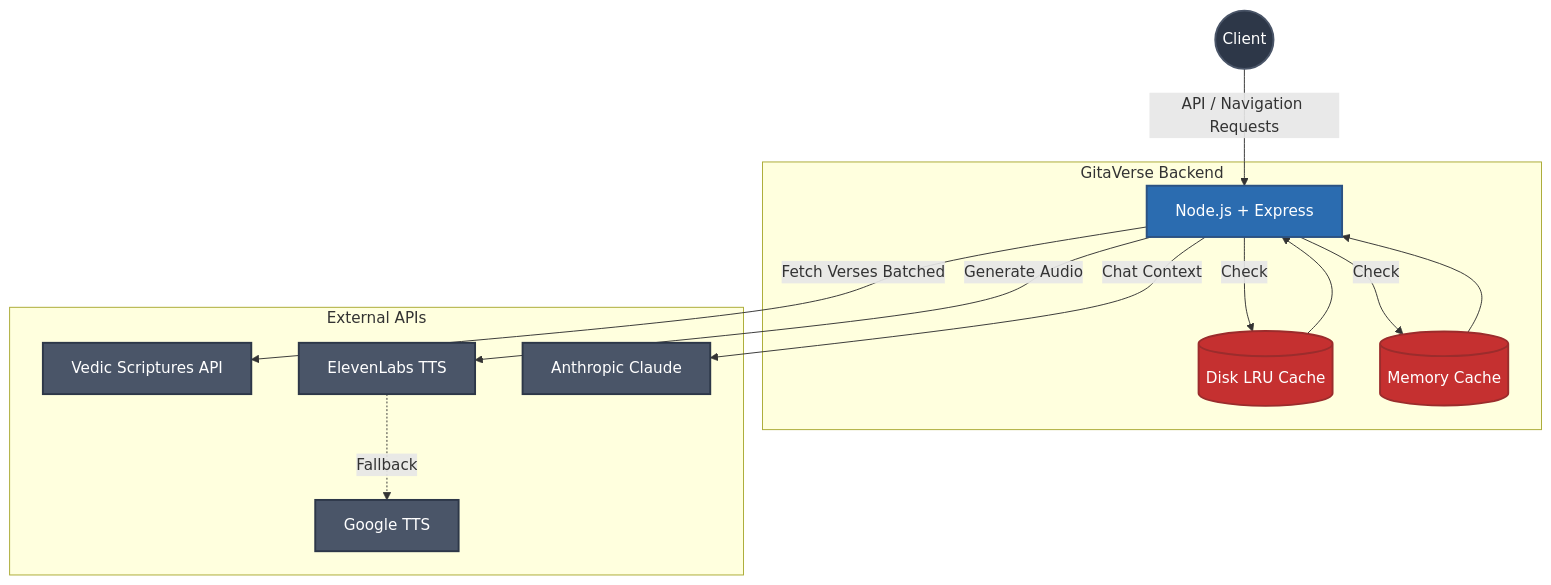
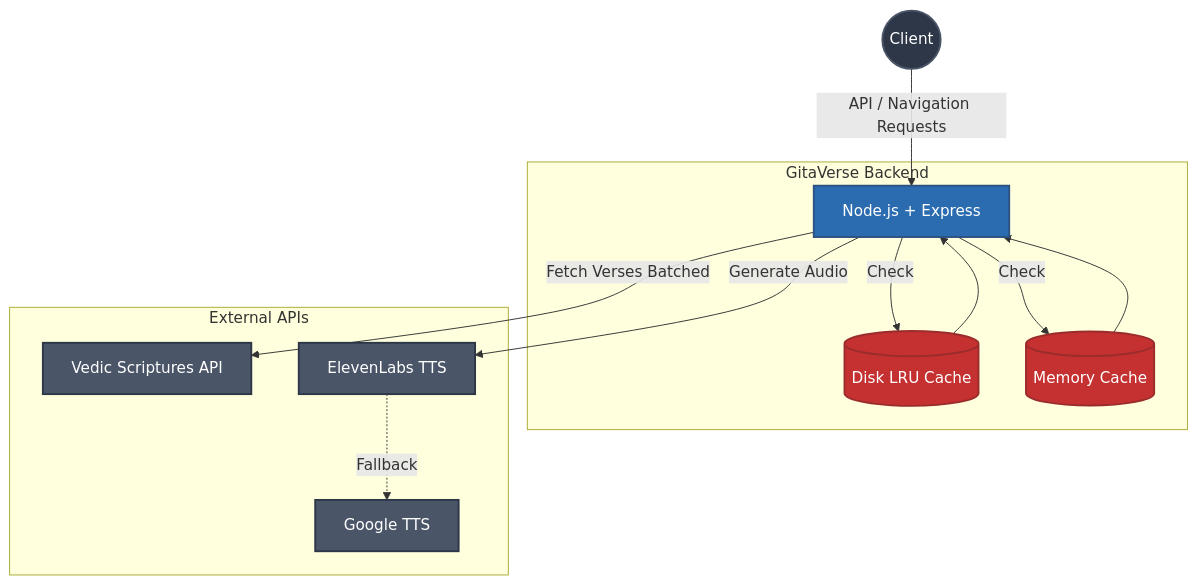
The diagram in README.md (Aryanrajpandey/GitaVerse), drawn with Mermaid before and after one commit. The commit also changed other lines of this file and 2 other files, not shown here.

Commit message:
chore: Remove Anthropic Claude integration completely

````diff
--- a/README.md
+++ b/README.md
@@ -35,33 +35,31 @@
 ```mermaid
 graph TD
     classDef client fill:#2d3748,stroke:#4a5568,stroke-width:2px,color:#fff
     classDef server fill:#2b6cb0,stroke:#2c5282,stroke-width:2px,color:#fff
     classDef cache fill:#c53030,stroke:#9b2c2c,stroke-width:2px,color:#fff
     classDef external fill:#4a5568,stroke:#2d3748,stroke-width:2px,color:#fff
 
     User((Client)):::client
 
     subgraph Backend [GitaVerse Backend]
         Express[Node.js + Express]:::server
         DiskCache[(Disk LRU Cache)]:::cache
         MemCache[(Memory Cache)]:::cache
     end
 
     subgraph External [External APIs]
         Vedic[Vedic Scriptures API]:::external
         ElevenLabs[ElevenLabs TTS]:::external
-        Claude[Anthropic Claude]:::external
         GoogleTTS[Google TTS]:::external
     end
 
     User -->|API / Navigation Requests| Express
     Express -->|Check| MemCache
     Express -->|Check| DiskCache
     Express -->|Fetch Verses Batched| Vedic
-    Express -->|Chat Context| Claude
     Express -->|Generate Audio| ElevenLabs
     ElevenLabs -.->|Fallback| GoogleTTS
     
     DiskCache --> Express
     MemCache --> Express
 ```
````
